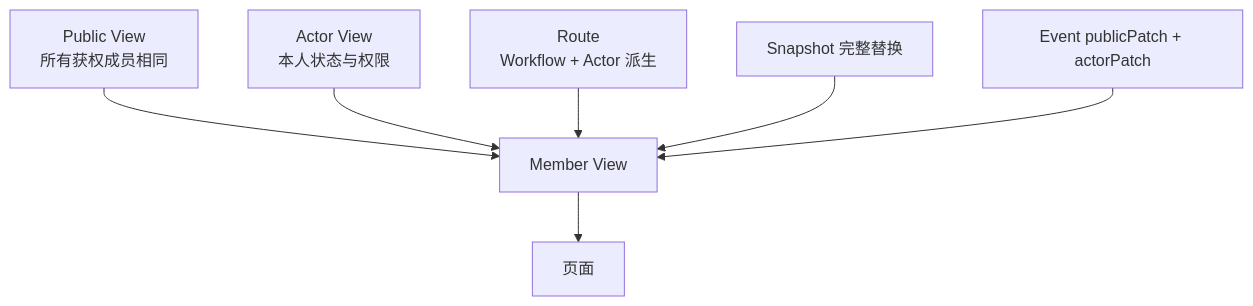
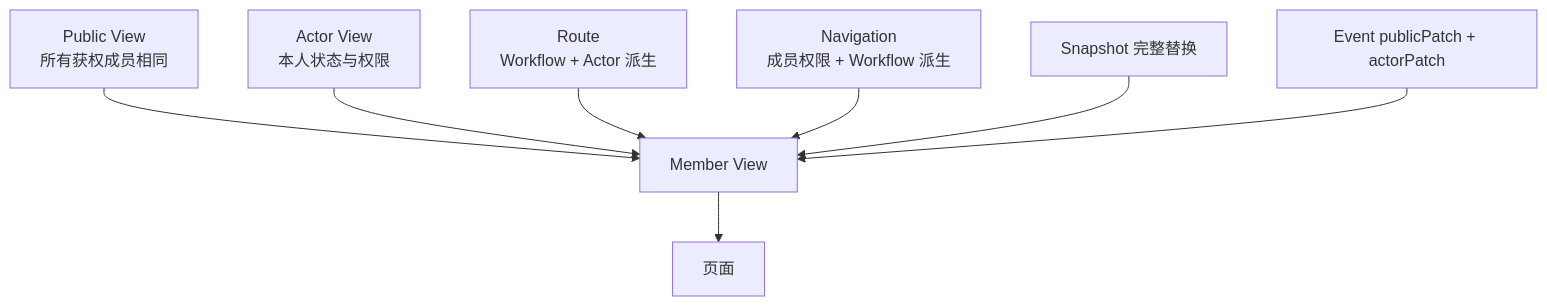
The seventh of 11 diagrams in docs/ROOM_MODEL_STATE.md (Bubble-419/cardboard-miniprogram), drawn with Mermaid before and after one commit. The commit also changed other lines of this file and 66 other files, not shown here.

````diff
--- a/docs/ROOM_MODEL_STATE.md
+++ b/docs/ROOM_MODEL_STATE.md
@@ -328,17 +334,19 @@
 ```mermaid
 flowchart TB
   PUBLIC[Public View<br/>所有获权成员相同]
   ACTOR[Actor View<br/>本人状态与权限]
   ROUTE[Route<br/>Workflow + Actor 派生]
+  NAV[Navigation<br/>成员权限 + Workflow 派生]
   VIEW[Member View]
   SNAP[Snapshot 完整替换]
   EVENT[Event publicPatch + actorPatch]
   PAGE[页面]
 
   PUBLIC --> VIEW
   ACTOR --> VIEW
   ROUTE --> VIEW
+  NAV --> VIEW
   SNAP --> VIEW
   EVENT --> VIEW
   VIEW --> PAGE
 ```
````
